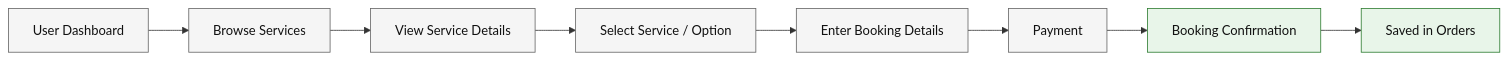
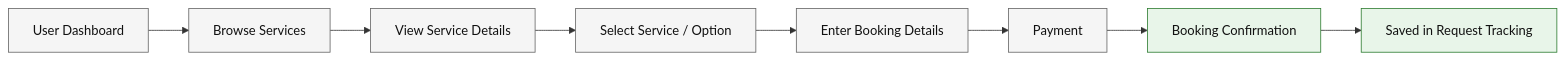
One commit to CapstoneDesign-Spring2026-UlsanCollege/Free_Sewaa changed the third of 6 diagrams in docs/Project_UML diagram/USER_FLOW_DIAGRAM.md. Above: the diagram before and after it, drawn with Mermaid. The commit also changed other lines of this file and 67 other files, not shown here.

````diff
--- a/docs/Project_UML diagram/USER_FLOW_DIAGRAM.md
+++ b/docs/Project_UML diagram/USER_FLOW_DIAGRAM.md
@@ -90,16 +90,16 @@
 ```mermaid
 flowchart LR
     Dashboard[User Dashboard] --> Browse[Browse Services]
     Browse --> Details[View Service Details]
     Details --> Select[Select Service / Option]
     Select --> Booking[Enter Booking Details]
     Booking --> Payment[Payment]
     Payment --> Confirm[Booking Confirmation]
-    Confirm --> Orders[Saved in Orders]
+    Confirm --> RequestTracking[Saved in Request Tracking]
 
     classDef process fill:#f5f5f5,stroke:#666,color:#111;
     classDef important fill:#e8f5e9,stroke:#2e7d32,color:#111;
 
     class Dashboard,Browse,Details,Select,Booking,Payment process;
-    class Confirm,Orders important;
+    class Confirm,RequestTracking important;
 ```
````
